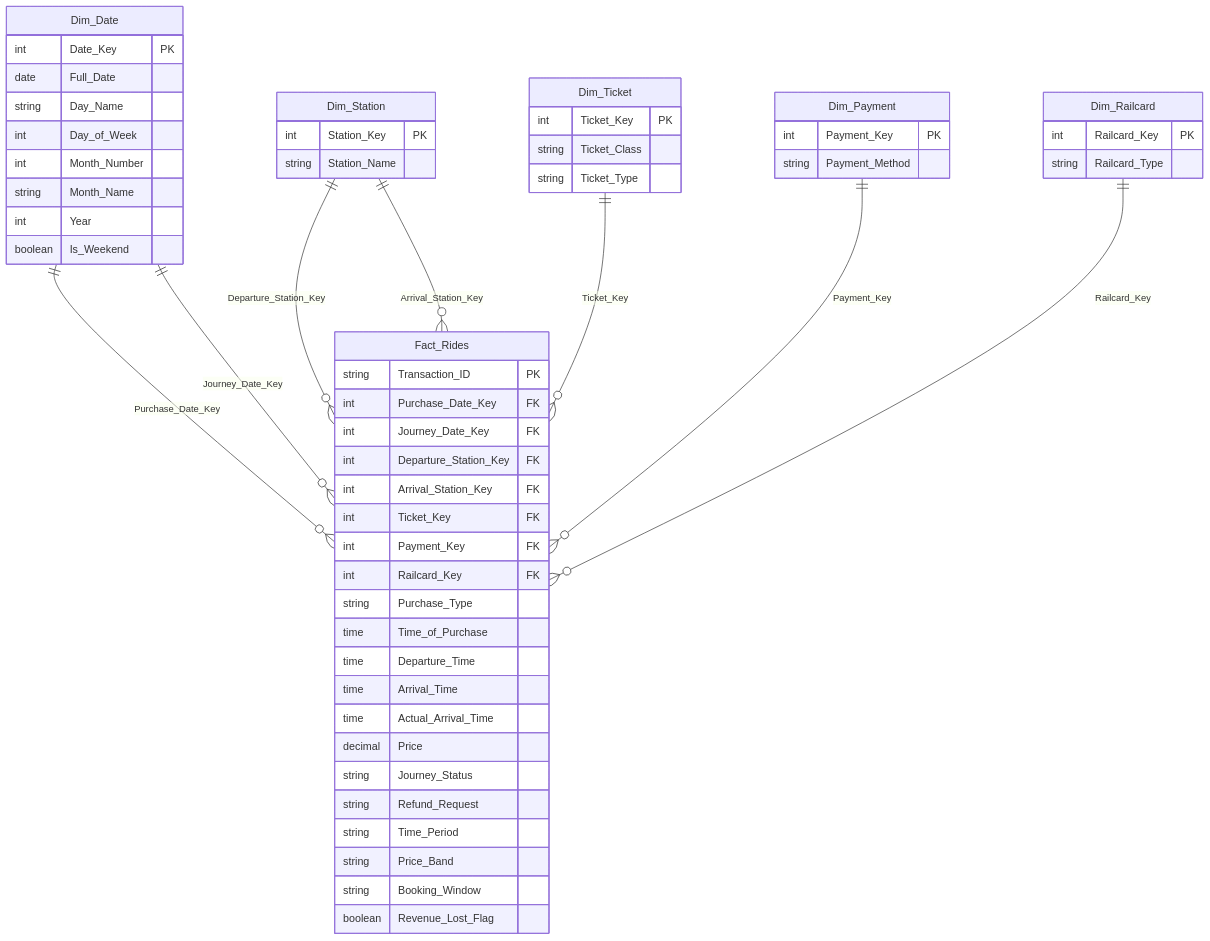
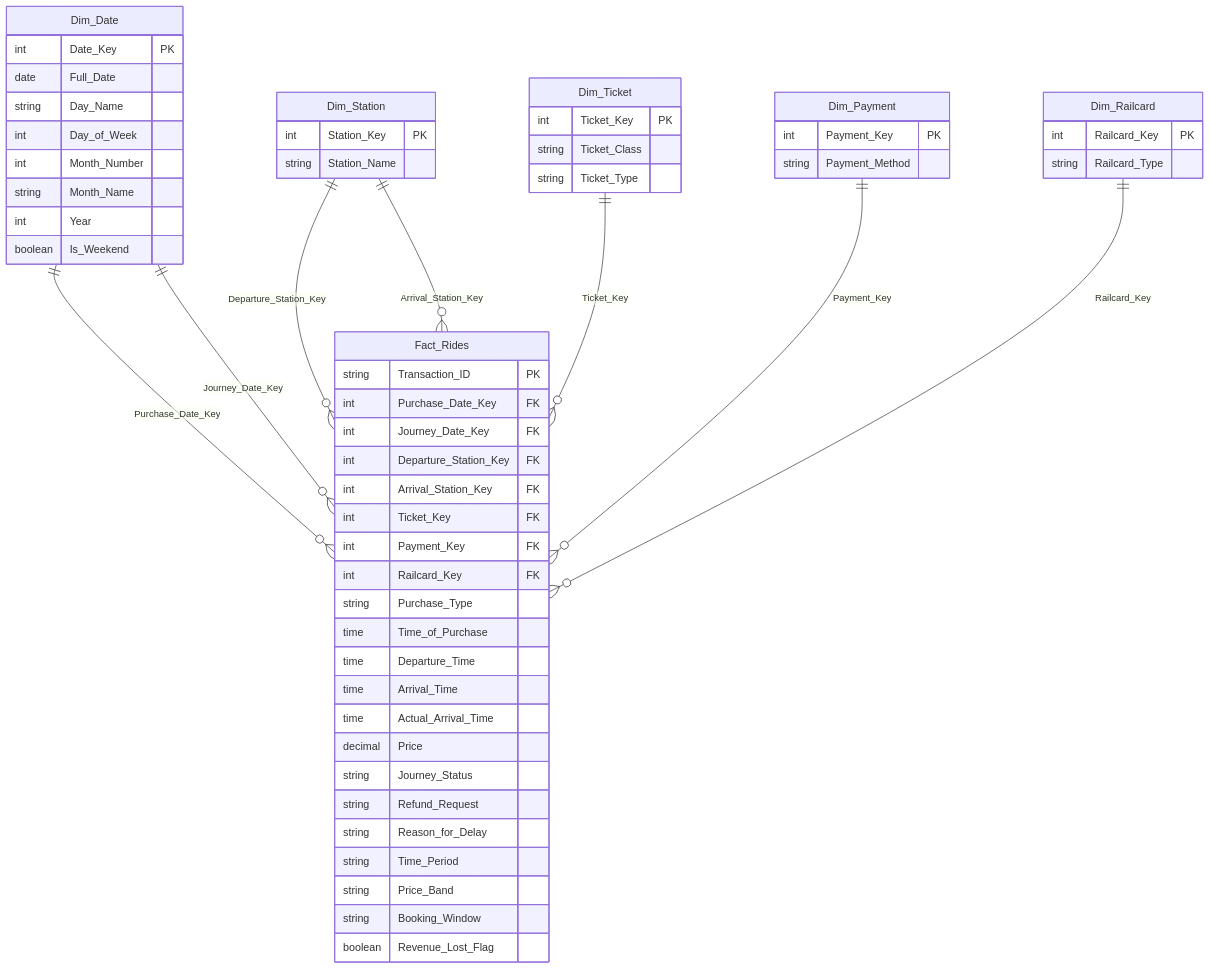
The diagram in docs/Power_BI_Modeling_Guide.md (EgoZag76/UK-Train-Rides-Analysis), drawn with Mermaid before and after one commit. The commit also changed other lines of this file, not shown here.

Commit message:
📝 Update docs/Power_BI_Modeling_Guide.md with 18 columns, Reason_for_Delay inclusion, and formatting fixes

````diff
--- a/docs/Power_BI_Modeling_Guide.md
+++ b/docs/Power_BI_Modeling_Guide.md
@@ -26,65 +26,66 @@
 ```mermaid
 erDiagram
     Dim_Date ||--o{ Fact_Rides : "Purchase_Date_Key"
     Dim_Date ||--o{ Fact_Rides : "Journey_Date_Key"
     Dim_Station ||--o{ Fact_Rides : "Departure_Station_Key"
     Dim_Station ||--o{ Fact_Rides : "Arrival_Station_Key"
     Dim_Ticket ||--o{ Fact_Rides : "Ticket_Key"
     Dim_Payment ||--o{ Fact_Rides : "Payment_Key"
     Dim_Railcard ||--o{ Fact_Rides : "Railcard_Key"
 
     Fact_Rides {
         string Transaction_ID PK
         int Purchase_Date_Key FK
         int Journey_Date_Key FK
         int Departure_Station_Key FK
         int Arrival_Station_Key FK
         int Ticket_Key FK
         int Payment_Key FK
         int Railcard_Key FK
         string Purchase_Type
         time Time_of_Purchase
         time Departure_Time
         time Arrival_Time
         time Actual_Arrival_Time
         decimal Price
         string Journey_Status
         string Refund_Request
+        string Reason_for_Delay
         string Time_Period
         string Price_Band
         string Booking_Window
         boolean Revenue_Lost_Flag
     }
 
     Dim_Date {
         int Date_Key PK
         date Full_Date
         string Day_Name
         int Day_of_Week
         int Month_Number
         string Month_Name
         int Year
         boolean Is_Weekend
     }
 
     Dim_Station {
         int Station_Key PK
         string Station_Name
     }
 
     Dim_Ticket {
         int Ticket_Key PK
         string Ticket_Class
         string Ticket_Type
     }
 
     Dim_Payment {
         int Payment_Key PK
         string Payment_Method
     }
 
     Dim_Railcard {
         int Railcard_Key PK
         string Railcard_Type
     }
 ```
````
